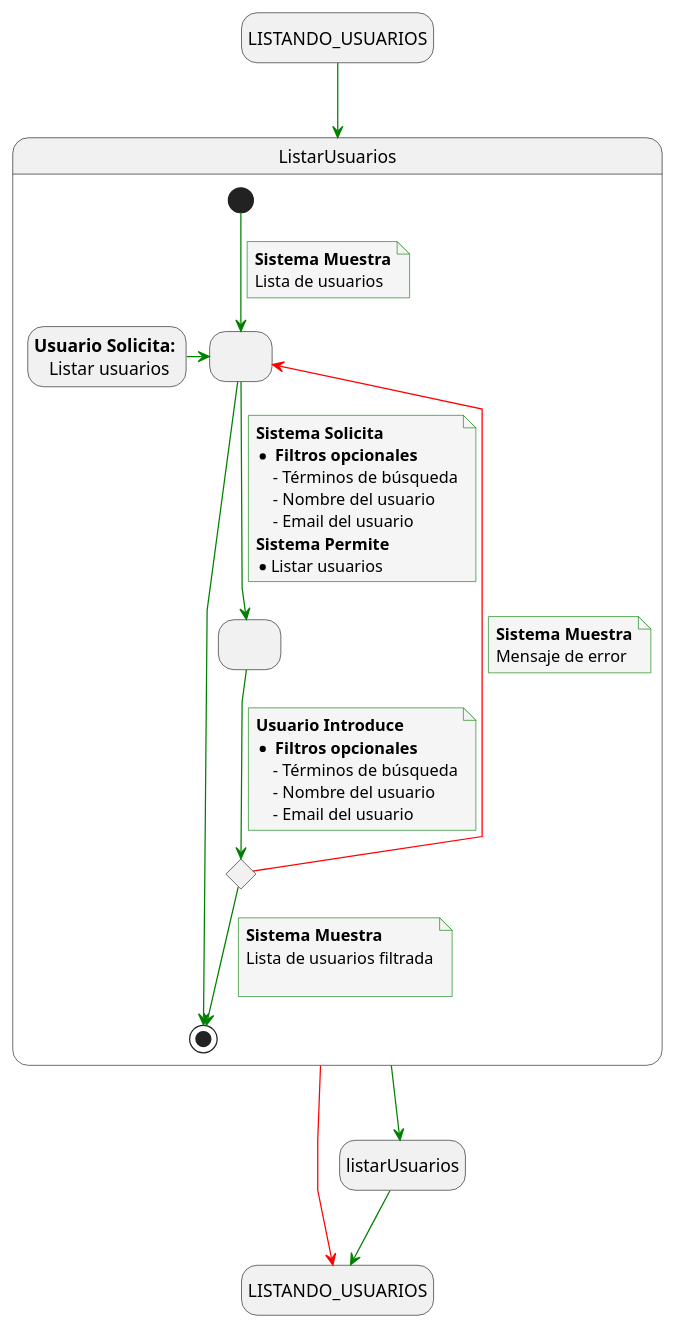
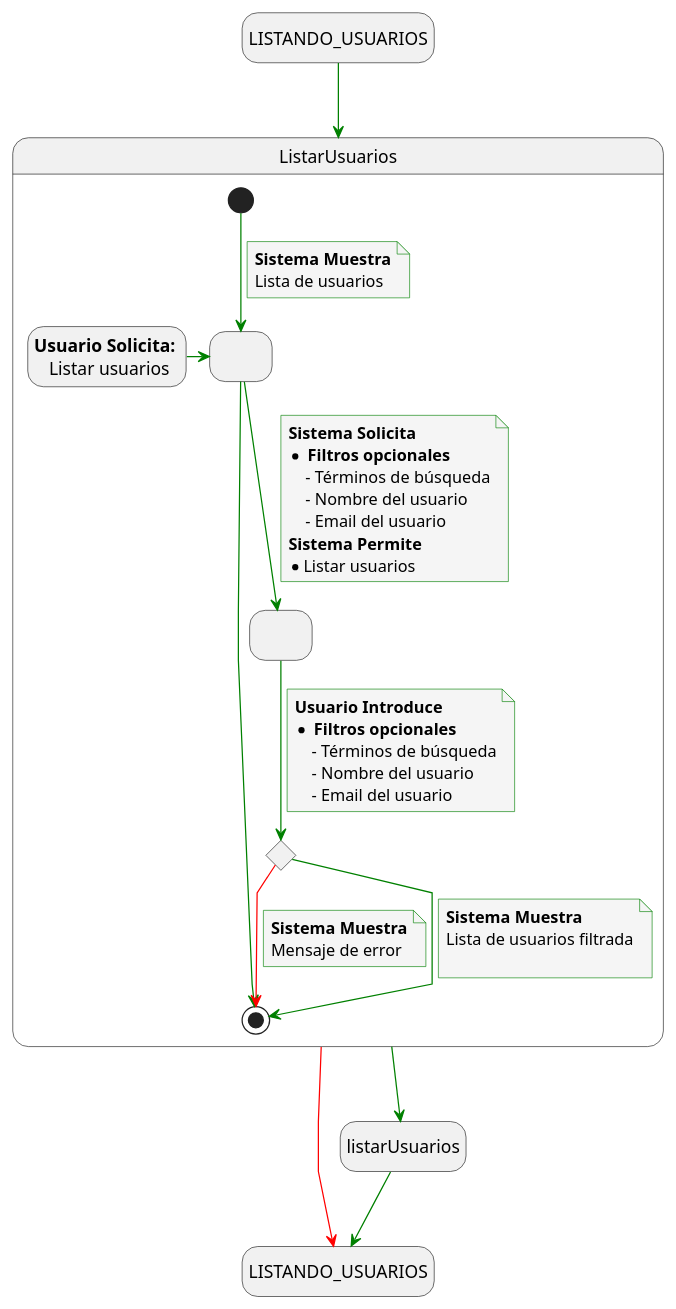
One commit to mmasias/24-25-IdSw1-SDR changed the diagram in docs/casosDeUso/detalladoCasosDeUso/detalladoUsuarios/detalladoListarUsuarios.puml. Above: the diagram before and after it, drawn with PlantUML. The commit also changed 17 other files, not shown here.

Commit message:
Actualizar diagramas de casos de uso para redirigir a abrirDashboard y corregir transiciones de estado

```diff
--- a/docs/casosDeUso/detalladoCasosDeUso/detalladoUsuarios/detalladoListarUsuarios.puml
+++ b/docs/casosDeUso/detalladoCasosDeUso/detalladoUsuarios/detalladoListarUsuarios.puml
@@ -1,70 +1,70 @@
 @startuml listar_usuarios
 skinparam {
     NoteBackgroundColor #whiteSmoke
     ArrowColor #green
     NoteBorderColor #green
     linetype polyline
 }
 
 hide empty description
 
 state startState as "LISTANDO_USUARIOS"
 state endState as "LISTANDO_USUARIOS"
 
 startState --> ListarUsuarios
 
 ListarUsuarios --> listarUsuarios
 listarUsuarios --> endState
 
 ListarUsuarios -[#red]-> endState
 
 state ListarUsuarios {
     state solicitudFiltros as " "
     state envioFiltros as " "
     state revisionFiltrosEnviados <<choice>>
     state usuarioSolicita as "<b>Usuario Solicita:</b> \n Listar usuarios"
 
     usuarioSolicita -> solicitudFiltros
     [*] --> solicitudFiltros
     note on link
         <b>Sistema Muestra</b>
         Lista de usuarios
     end note
 
     solicitudFiltros -r-> [*]
     
 
     solicitudFiltros --> envioFiltros
     note on link
         <b>Sistema Solicita</b>
         * <b> Filtros opcionales </b>
             - Términos de búsqueda
             - Nombre del usuario
             - Email del usuario
         <b>Sistema Permite</b>
         * Listar usuarios
     end note
 
     envioFiltros --> revisionFiltrosEnviados
     note on link
         <b>Usuario Introduce</b>
         * <b> Filtros opcionales </b>
             - Términos de búsqueda
             - Nombre del usuario
             - Email del usuario
     end note
 
-    revisionFiltrosEnviados -[#red]-> solicitudFiltros
+    revisionFiltrosEnviados -[#red]-> [*]
     note on link
         <b>Sistema Muestra</b>
         Mensaje de error
     end note
 
     revisionFiltrosEnviados --> [*]
     note on link
         <b>Sistema Muestra</b>
         Lista de usuarios filtrada
 
     end note
 }
 @enduml
```
